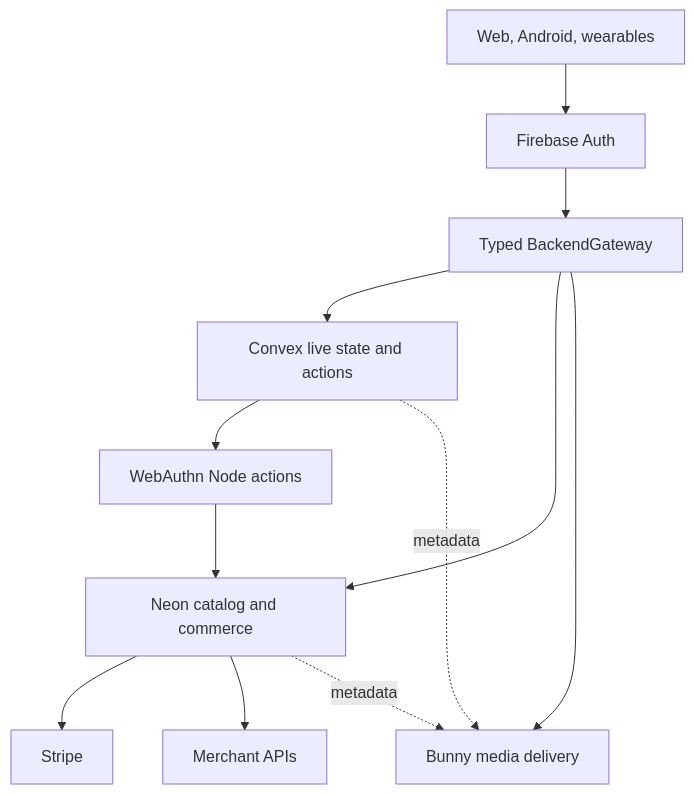
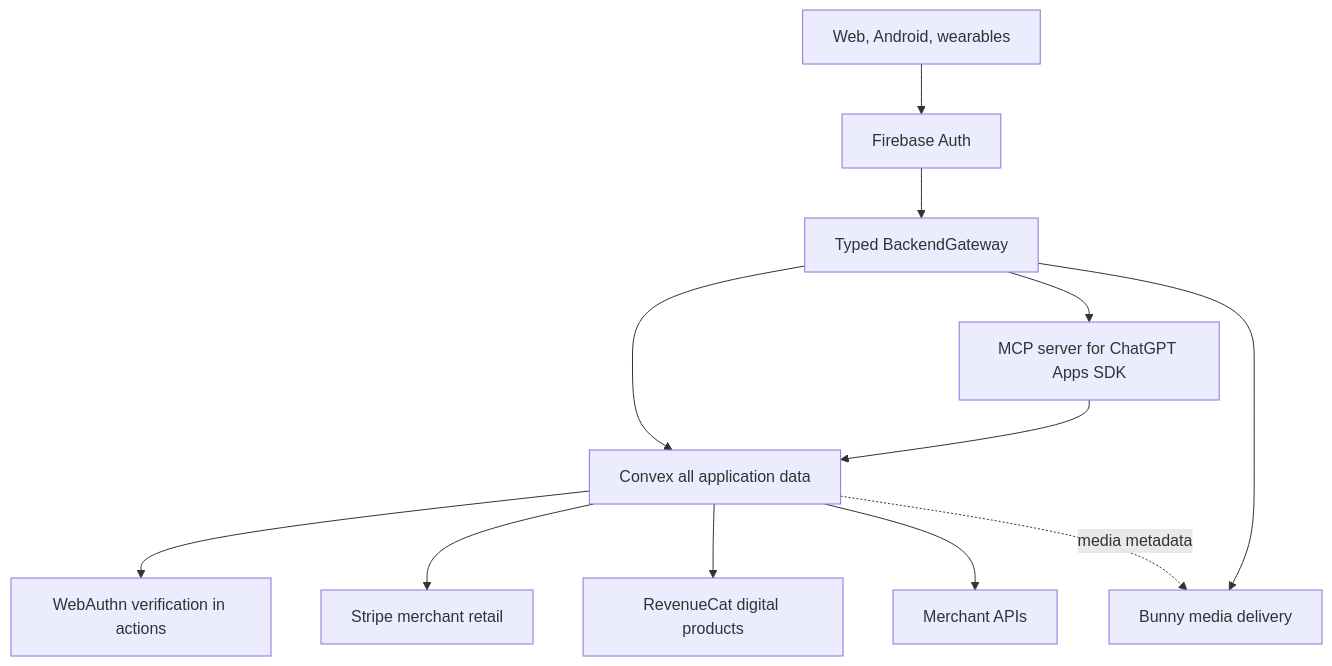
One commit to Harqer/spresso19 changed the diagram in docs/superpowers/specs/2026-09-05-platform-cost-migration-design.md. Above: the diagram before and after it, drawn with Mermaid. The commit also changed other lines of this file and 9 other files, not shown here.

First line of the commit message:
docs: revise migration suite to convex-only and add apps sdk plus guardrail plans

````diff
--- a/docs/superpowers/specs/2026-09-05-platform-cost-migration-design.md
+++ b/docs/superpowers/specs/2026-09-05-platform-cost-migration-design.md
@@ -43,14 +47,14 @@
 ```mermaid
 flowchart TB
   Client[Web, Android, wearables] --> Auth[Firebase Auth]
   Auth --> Gateway[Typed BackendGateway]
-  Gateway --> Convex[Convex live state and actions]
-  Gateway --> Neon[Neon catalog and commerce]
+  Gateway --> Convex[Convex all application data]
+  Gateway --> MCP[MCP server for ChatGPT Apps SDK]
+  MCP --> Convex
   Gateway --> Bunny[Bunny media delivery]
-  Convex --> Passkeys[WebAuthn Node actions]
-  Passkeys --> Neon
-  Neon --> Stripe[Stripe]
-  Neon --> Merchant[Merchant APIs]
-  Convex -. metadata .-> Bunny
-  Neon -. metadata .-> Bunny
+  Convex --> Passkeys[WebAuthn verification in actions]
+  Convex --> Stripe[Stripe merchant retail]
+  Convex --> RevenueCat[RevenueCat digital products]
+  Convex --> Merchant[Merchant APIs]
+  Convex -. media metadata .-> Bunny
 ```
````
